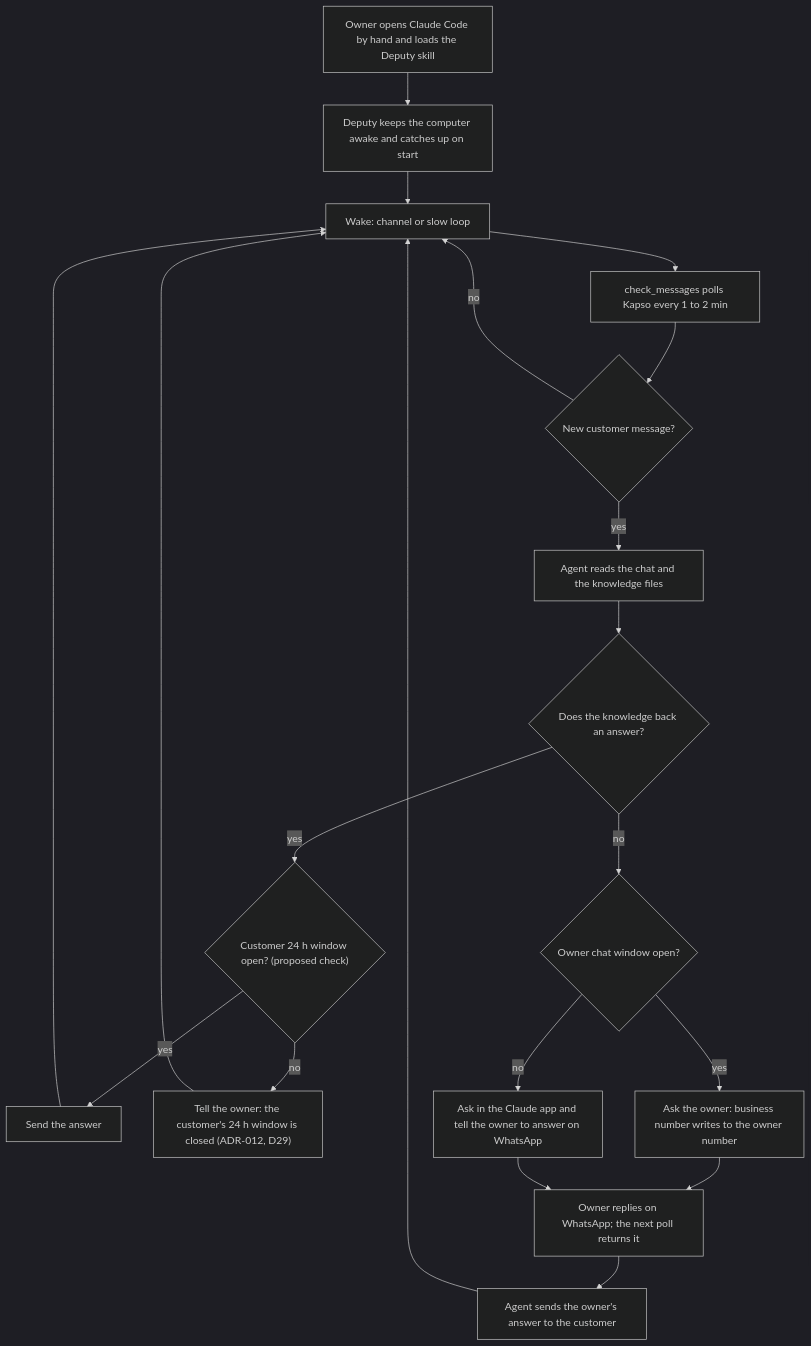
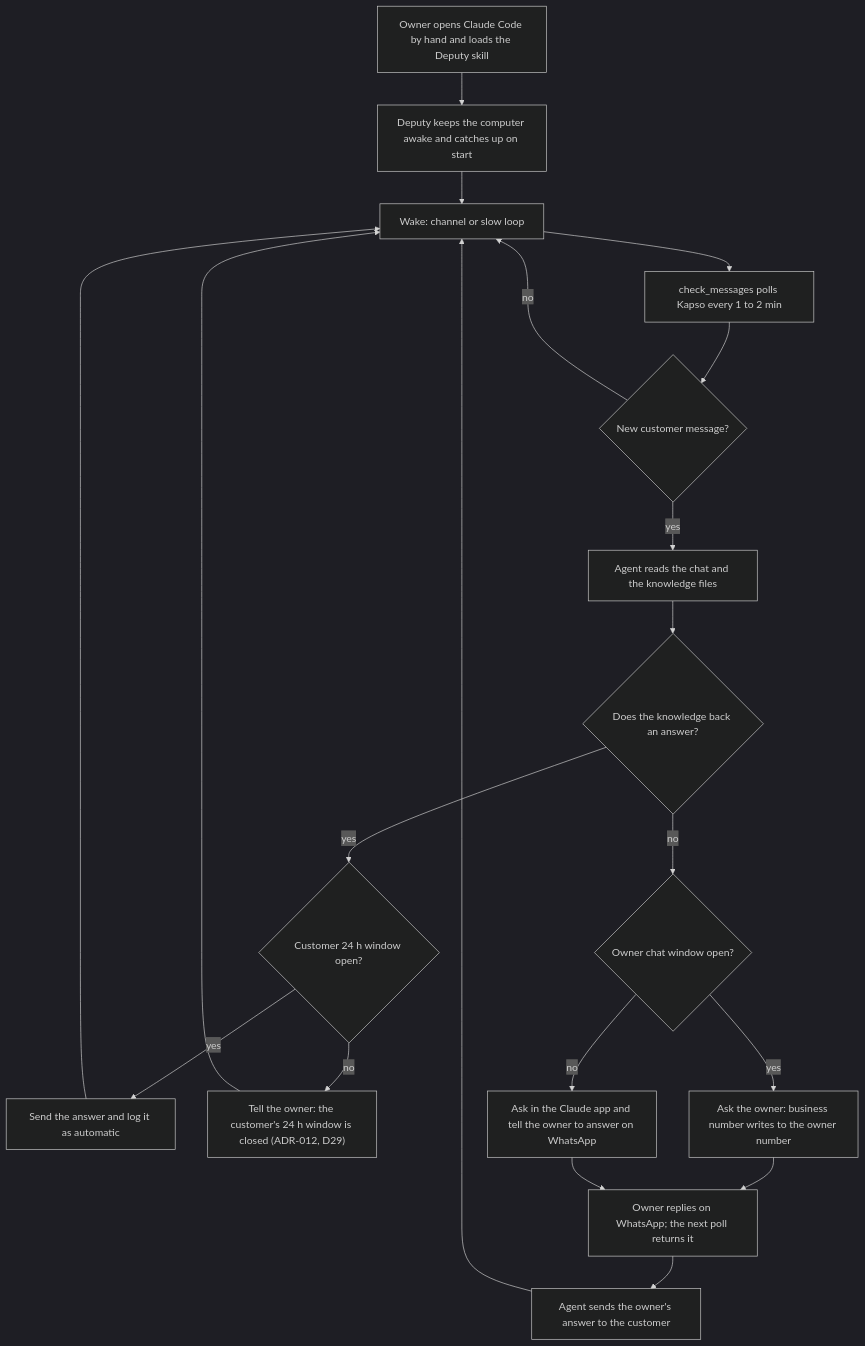
One commit to antonygiomarxdev/deputy changed the diagram in docs/PRODUCT.md. Above: the diagram before and after it, drawn with Mermaid (dark theme). The commit also changed other lines of this file and 3 other files, not shown here.

````diff
--- a/docs/PRODUCT.md
+++ b/docs/PRODUCT.md
@@ -80,22 +81,22 @@
 ```mermaid
 flowchart TD
   A["Owner opens Claude Code by hand and loads the Deputy skill"] --> B["Deputy keeps the computer awake and catches up on start"]
   B --> C["Wake: channel or slow loop"]
   C --> D["check_messages polls Kapso every 1 to 2 min"]
   D --> E{"New customer message?"}
   E -- no --> C
   E -- yes --> F["Agent reads the chat and the knowledge files"]
   F --> G{"Does the knowledge back an answer?"}
-  G -- yes --> H{"Customer 24 h window open? (proposed check)"}
-  H -- yes --> I["Send the answer"]
+  G -- yes --> H{"Customer 24 h window open?"}
+  H -- yes --> I["Send the answer and log it as automatic"]
   H -- no --> J["Tell the owner: the customer's 24 h window is closed (ADR-012, D29)"]
   G -- no --> K{"Owner chat window open?"}
   K -- yes --> L["Ask the owner: business number writes to the owner number"]
   K -- no --> M["Ask in the Claude app and tell the owner to answer on WhatsApp"]
   L --> N["Owner replies on WhatsApp; the next poll returns it"]
   N --> P["Agent sends the owner's answer to the customer"]
   M --> N
   I --> C
   J --> C
   P --> C
 ```
````
